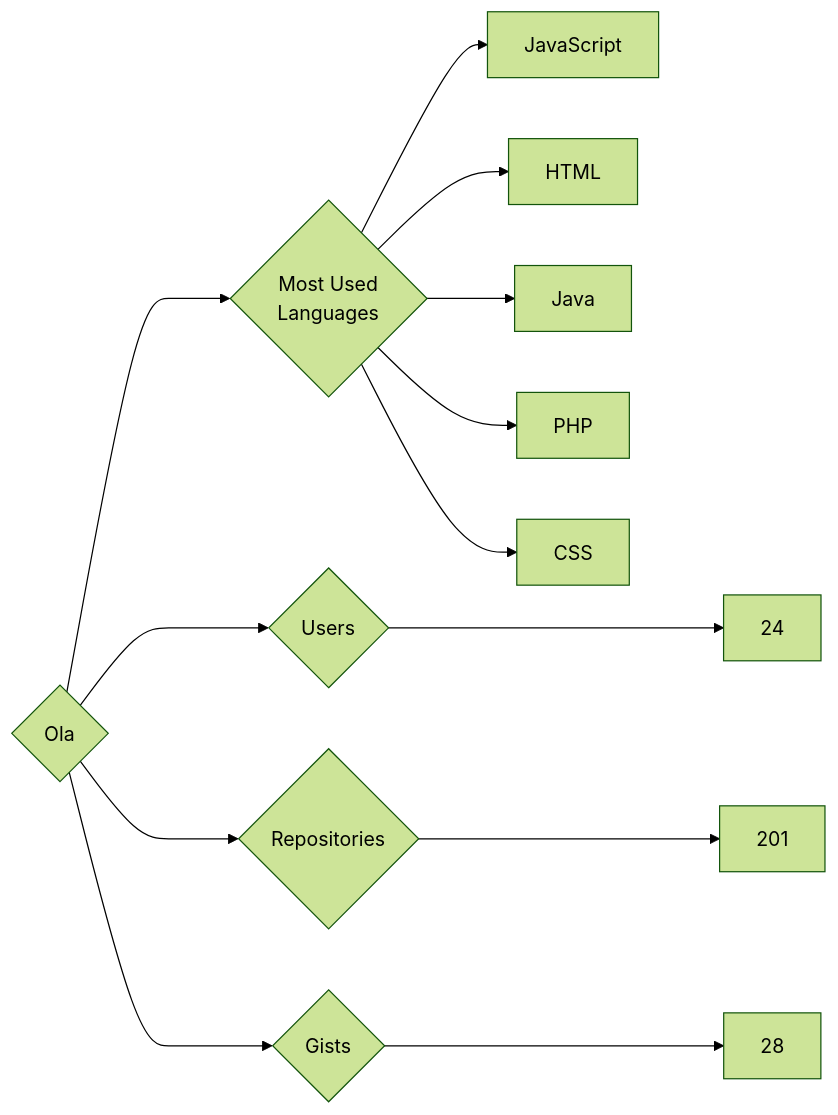
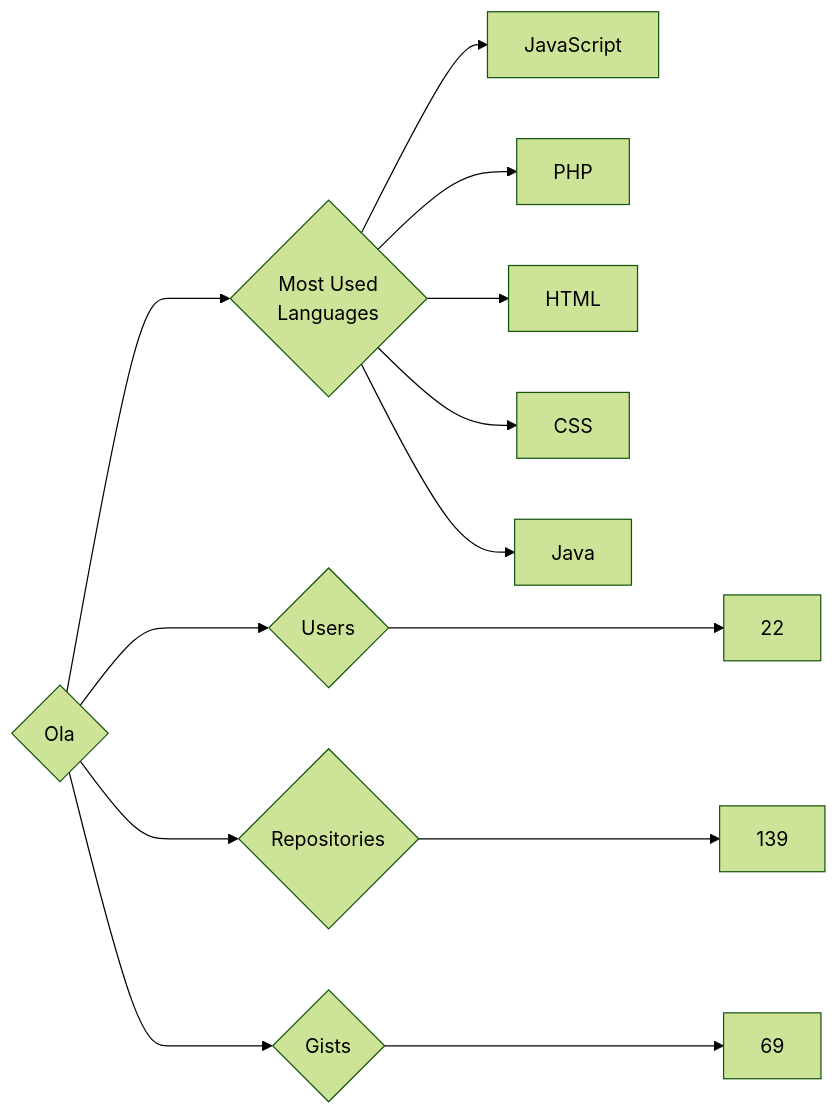
One commit to trickest/insiders changed the diagram in targets/Ola/README.md. Above: the diagram before and after it, drawn with Mermaid (forest theme). The commit also changed 995 other files, not shown here.

````diff
--- a/targets/Ola/README.md
+++ b/targets/Ola/README.md
@@ -3,13 +3,13 @@
 ```mermaid
 graph LR
 COMPANY_NAME{Ola}
-COMPANY_NAME ---> U{Users} ---> UN[24]
-COMPANY_NAME ---> R{Repositories} ---> RN[201]
-COMPANY_NAME ---> G{Gists} ---> GN[28]
+COMPANY_NAME ---> U{Users} ---> UN[22]
+COMPANY_NAME ---> R{Repositories} ---> RN[139]
+COMPANY_NAME ---> G{Gists} ---> GN[69]
 COMPANY_NAME ---> ML{Most Used<br>Languages}
 ML --> JavaScript[JavaScript]
+ML --> PHP[PHP]
 ML --> HTML[HTML]
+ML --> CSS[CSS]
 ML --> Java[Java]
-ML --> PHP[PHP]
-ML --> CSS[CSS]
 ```
````
